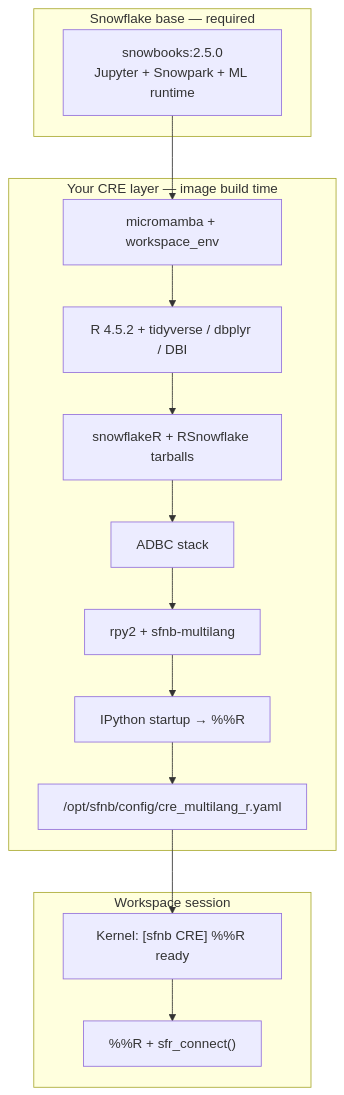
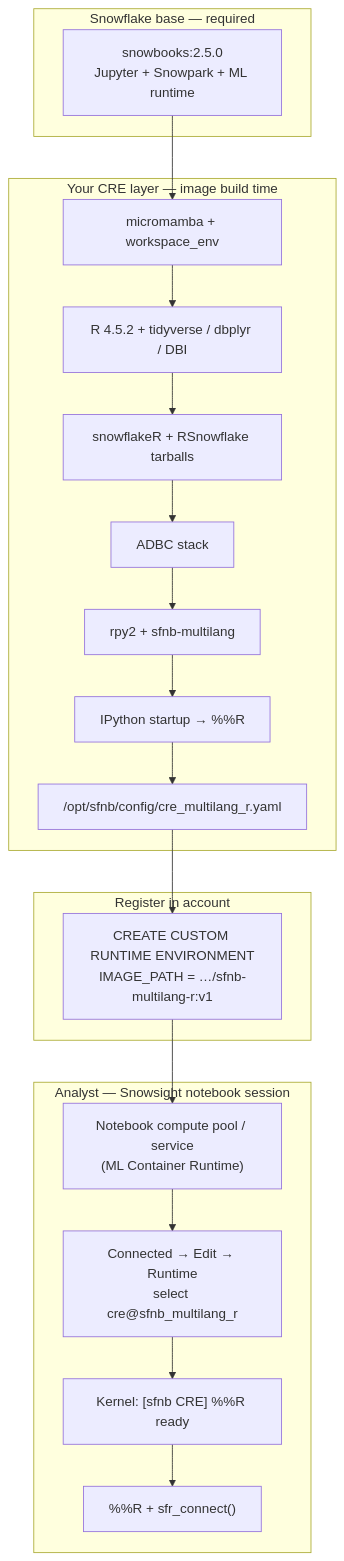
One commit to Snowflake-Labs/snowflakeR changed the second of 3 diagrams in guide/Hitchhikers_Guide_to_R_in_Snowflake/09_custom_runtime_and_ml_jobs/index.qmd. Above: the diagram before and after it, drawn with Mermaid. The commit also changed other lines of this file and 13 other files, not shown here.

````diff
--- a/guide/Hitchhikers_Guide_to_R_in_Snowflake/09_custom_runtime_and_ml_jobs/index.qmd
+++ b/guide/Hitchhikers_Guide_to_R_in_Snowflake/09_custom_runtime_and_ml_jobs/index.qmd
@@ -104,24 +104,30 @@
 ```{mermaid}
 flowchart TB
   subgraph base [Snowflake base — required]
     SB["snowbooks:2.5.0<br/>Jupyter + Snowpark + ML runtime"]
   end
 
   subgraph bake [Your CRE layer — image build time]
     MM["micromamba + workspace_env"]
     RPK["R 4.5.2 + tidyverse / dbplyr / DBI"]
     SF["snowflakeR + RSnowflake tarballs"]
     ADBC["ADBC stack"]
     PY["rpy2 + sfnb-multilang"]
     HOOK["IPython startup → %%R"]
     CFG["/opt/sfnb/config/cre_multilang_r.yaml"]
   end
 
-  subgraph runtime [Workspace session]
+  subgraph register [Register in account]
+    REG["CREATE CUSTOM RUNTIME ENVIRONMENT<br/>IMAGE_PATH = …/sfnb-multilang-r:v1"]
+  end
+
+  subgraph attach [Analyst — Snowsight notebook session]
+    POOL["Notebook compute pool / service<br/>(ML Container Runtime)"]
+    SEL["Connected → Edit → Runtime<br/>select cre@sfnb_multilang_r"]
     K["Kernel: [sfnb CRE] %%R ready"]
     CELLS["%%R + sfr_connect()"]
   end
 
   SB --> MM --> RPK --> SF --> ADBC --> PY --> HOOK --> CFG
-  CFG --> K --> CELLS
+  CFG --> REG --> POOL --> SEL --> K --> CELLS
 ```
````
